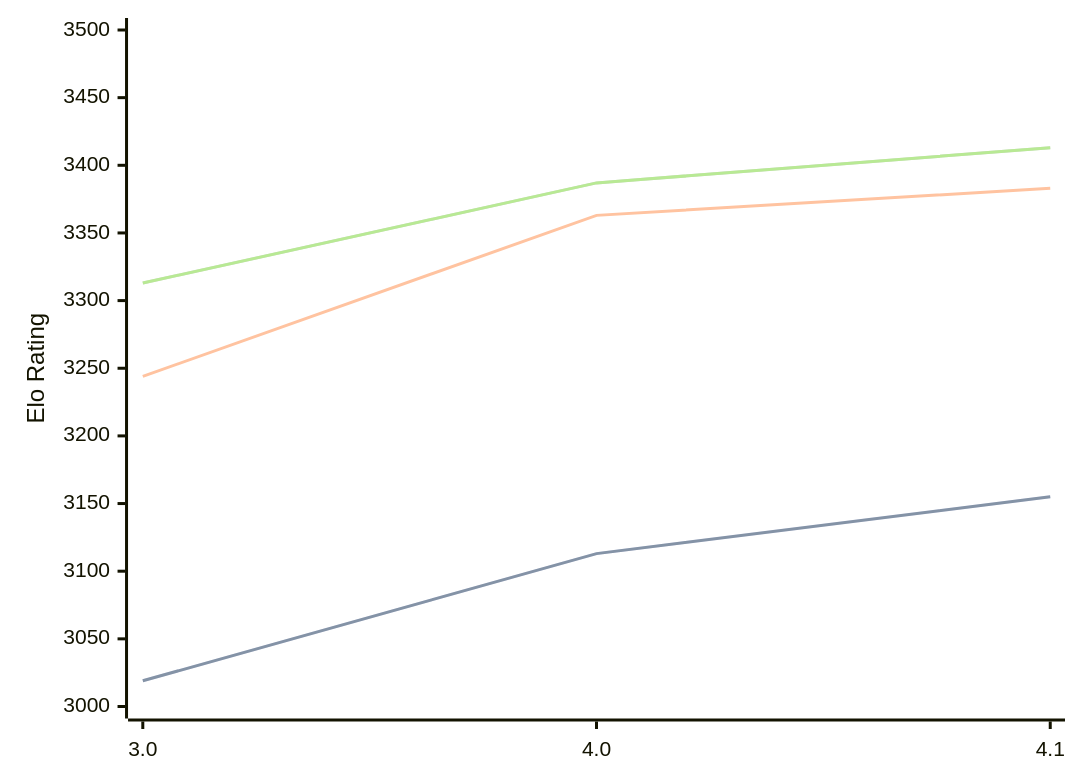
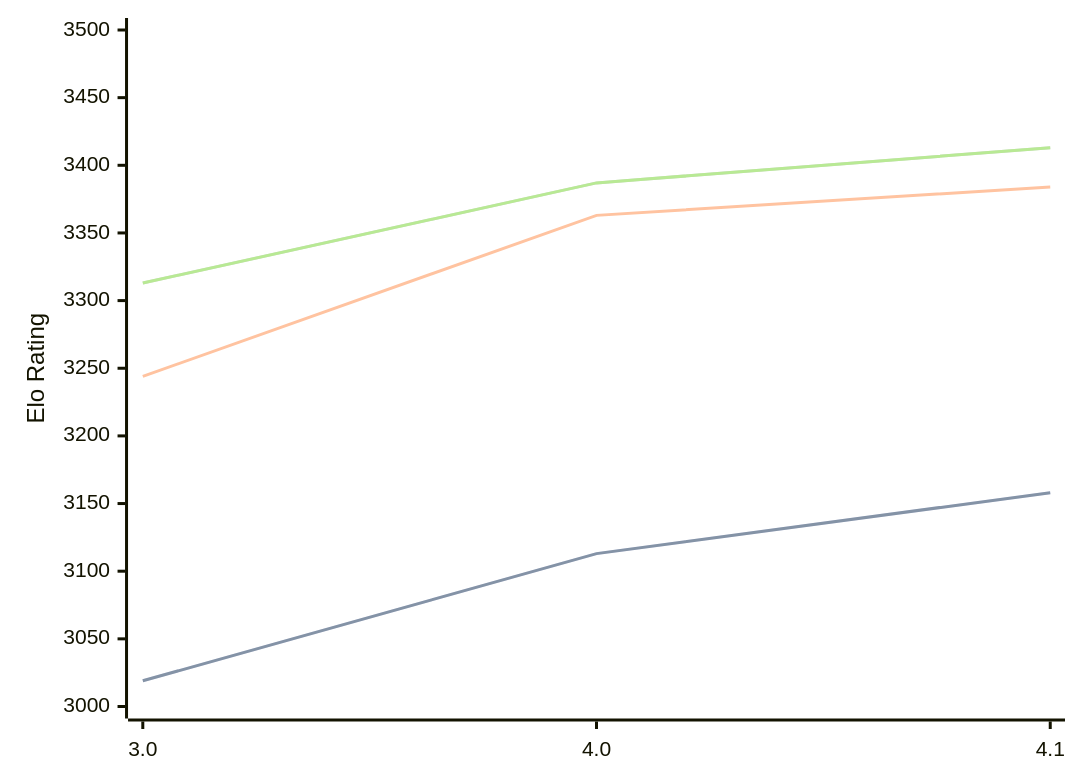
Before and after one commit to computer-chess-index/cci: the diagram in engines/Eleanor.md, drawn with Mermaid. The commit also changed other lines of this file, not shown here.

````diff
--- a/engines/Eleanor.md
+++ b/engines/Eleanor.md
@@ -33,11 +33,11 @@
 ```mermaid
 %%{init: {"theme":"base","themeVariables":{"seriesColors:['#a3a3a3','#222221','#faa371']}}}%%
 xychart-beta
   x-axis ["3.0", "4.0", "4.1"]
   y-axis "Elo Rating" 3000 --> 3500
-  line "STC (8.0+0.08s)" [3019, 3113, 3155]
-  line "STC (8.0+0.08s)" [3019, 3113, 3155]
-  line "LTC (60.0+0.60s)" [3244, 3363, 3383]
+  line "STC (8.0+0.08s)" [3019, 3113, 3158]
+  line "STC (8.0+0.08s)" [3019, 3113, 3158]
+  line "LTC (60.0+0.60s)" [3244, 3363, 3384]
   line "VLTC (2m24s+1.12s)" [3313, 3387, 3413]
   line "VLTC (2m24s+1.12s)" [3313, 3387, 3413]
 ```
````
